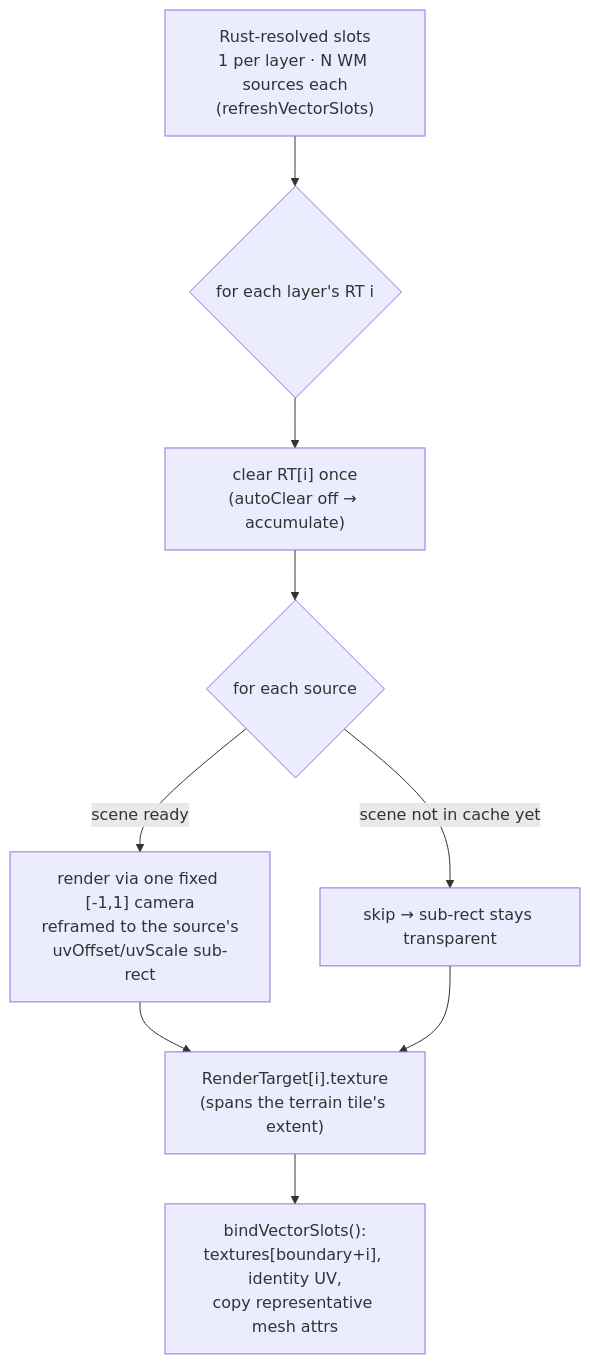
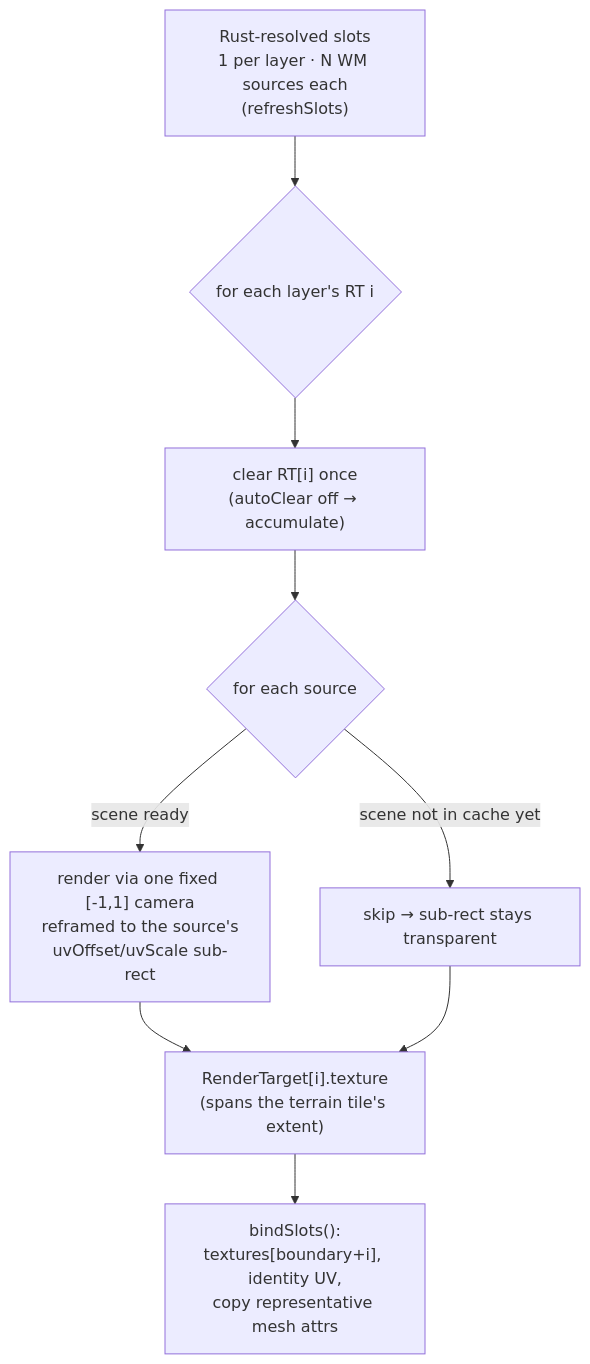
The third of 8 diagrams in guide/TILE_TEXTURE_COMPOSITING.md (reearth/navara), drawn with Mermaid before and after one commit. The commit also changed other lines of this file and 3 other files, not shown here.

````diff
--- a/guide/TILE_TEXTURE_COMPOSITING.md
+++ b/guide/TILE_TEXTURE_COMPOSITING.md
@@ -128,11 +152,11 @@
 ```mermaid
 flowchart TD
-  RES["Rust-resolved slots<br/>1 per layer · N WM sources each<br/>(refreshVectorSlots)"] --> LOOP{"for each layer's RT i"}
+  RES["Rust-resolved slots<br/>1 per layer · N WM sources each<br/>(refreshSlots)"] --> LOOP{"for each layer's RT i"}
   LOOP --> CLR["clear RT[i] once<br/>(autoClear off → accumulate)"]
   CLR --> SRC{"for each source"}
   SRC -->|"scene not in cache yet"| SKIP["skip → sub-rect stays transparent"]
   SRC -->|"scene ready"| DRAW["render via one fixed [-1,1] camera<br/>reframed to the source's<br/>uvOffset/uvScale sub-rect"]
   DRAW --> RT["RenderTarget[i].texture<br/>(spans the terrain tile's extent)"]
   SKIP --> RT
-  RT --> BIND["bindVectorSlots():<br/>textures[boundary+i], identity UV,<br/>copy representative mesh attrs"]
+  RT --> BIND["bindSlots():<br/>textures[boundary+i], identity UV,<br/>copy representative mesh attrs"]
 ```
````
